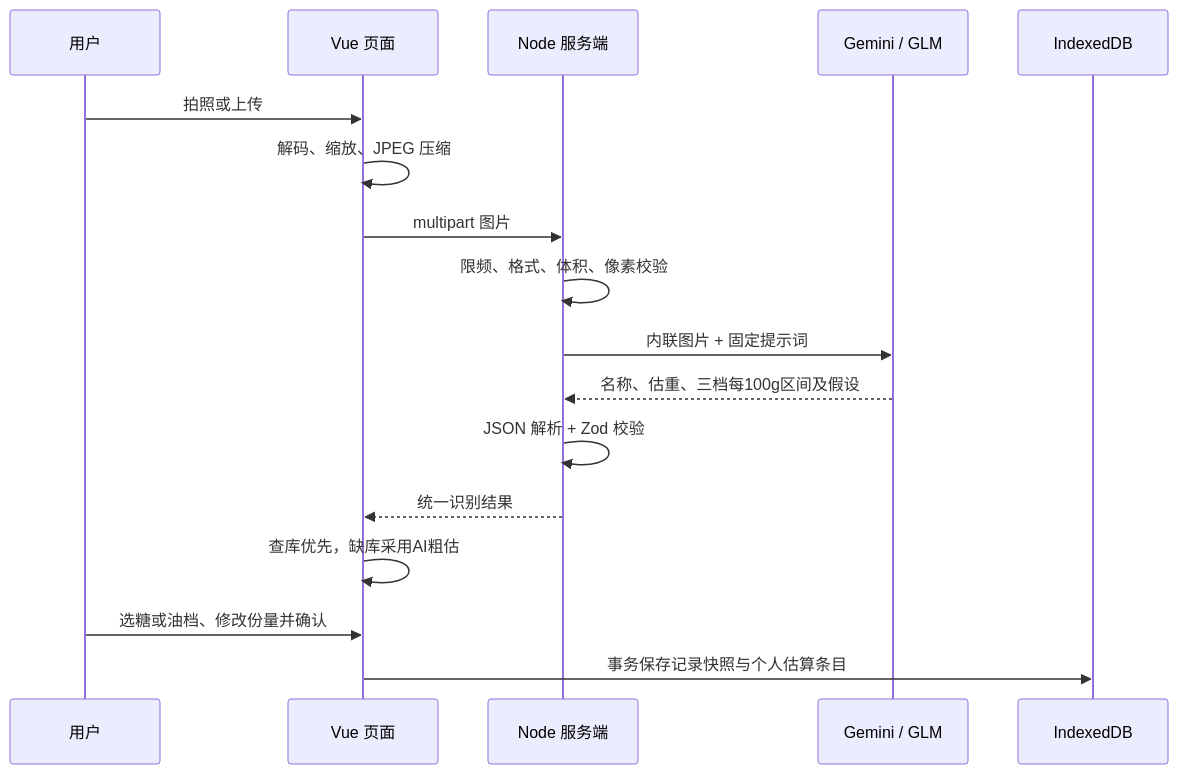
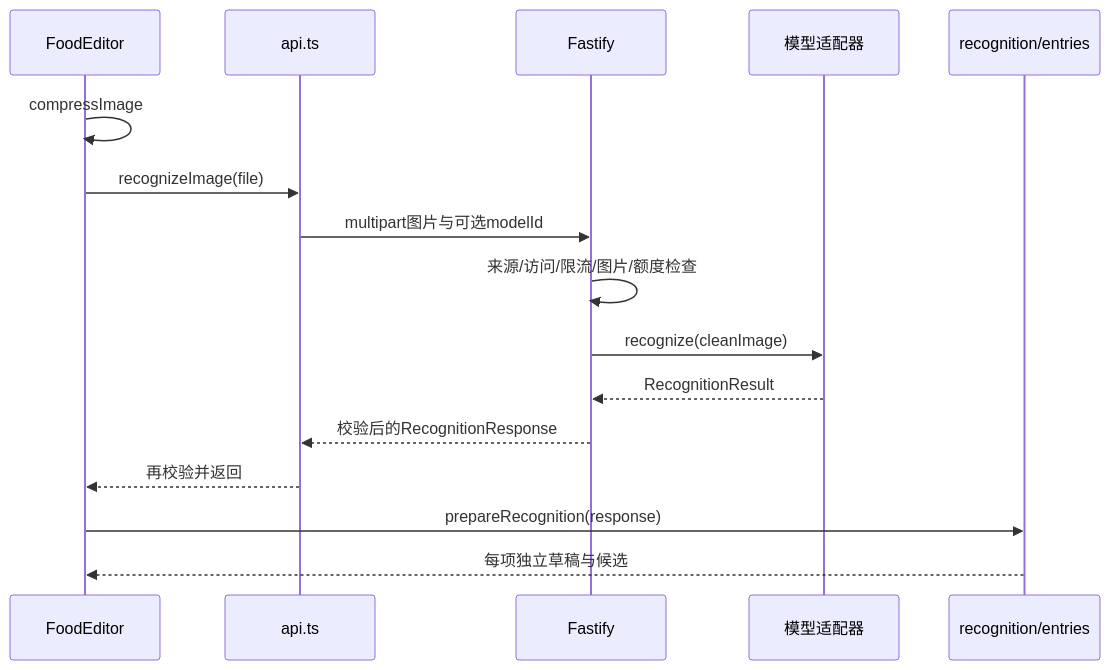
One commit to Anxiu29/shike changed the diagram in docs/development-guide.md. Above: the diagram before and after it, drawn with Mermaid. The commit also changed other lines of this file and 78 other files, not shown here.

````diff
--- a/docs/development-guide.md
+++ b/docs/development-guide.md
@@ -11,19 +95,18 @@
 ```mermaid
 sequenceDiagram
-    participant U as 用户
-    participant W as Vue 页面
-    participant S as Node 服务端
-    participant A as Gemini / GLM
-    participant D as IndexedDB
-    U->>W: 拍照或上传
-    W->>W: 解码、缩放、JPEG 压缩
-    W->>S: multipart 图片
-    S->>S: 限频、格式、体积、像素校验
-    S->>A: 内联图片 + 固定提示词
-    A-->>S: 名称、估重、三档每100g区间及假设
-    S->>S: JSON 解析 + Zod 校验
-    S-->>W: 统一识别结果
-    W->>W: 查库优先，缺库采用AI粗估
-    U->>W: 选糖或油档、修改份量并确认
-    W->>D: 事务保存记录快照与个人估算条目
+    participant E as FoodEditor
+    participant A as api.ts
+    participant S as Fastify
+    participant M as 模型适配器
+    participant R as recognition/entries
+    E->>E: compressImage
+    E->>A: recognizeImage(file)
+    A->>S: multipart图片与可选modelId
+    S->>S: 来源/访问/限流/图片/额度检查
+    S->>M: recognize(cleanImage)
+    M-->>S: RecognitionResult
+    S-->>A: 校验后的RecognitionResponse
+    A-->>E: 再校验并返回
+    E->>R: prepareRecognition(response)
+    R-->>E: 每项独立草稿与候选
 ```
````
